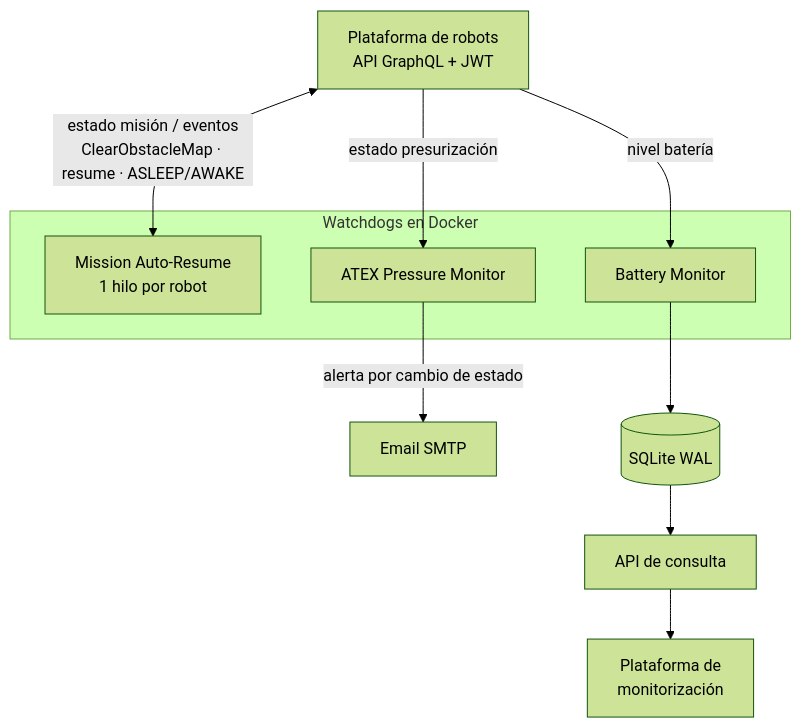
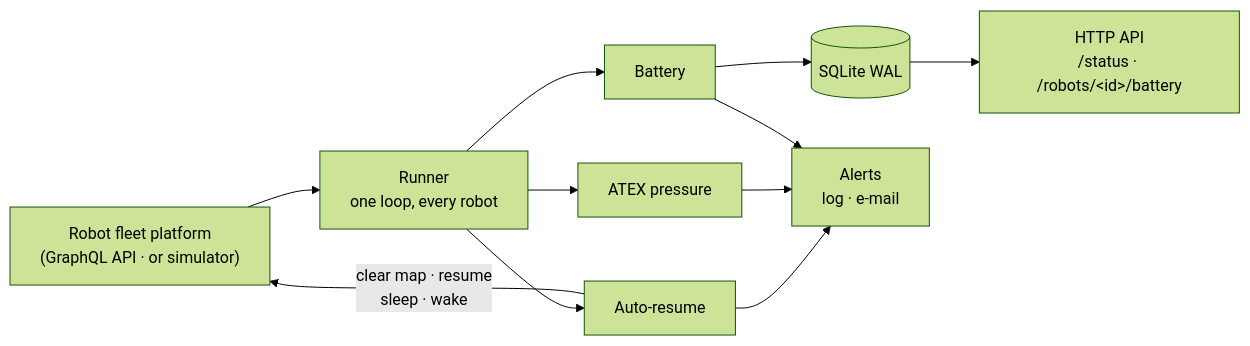
The first of 2 diagrams in README.md (aseinotegi/robot-fleet-watchdogs), drawn with Mermaid (forest theme) before and after one commit. The commit also changed other lines of this file and 2 other files, not shown here.

````diff
--- a/README.md
+++ b/README.md
@@ -15,14 +21,11 @@
 ```mermaid
-flowchart TB
-    P[Plataforma de robots<br/>API GraphQL + JWT]
-    subgraph Watchdogs en Docker
-        M[Mission Auto-Resume<br/>1 hilo por robot]
-        X[ATEX Pressure Monitor]
-        B[Battery Monitor]
-    end
-    P <-->|estado misión / eventos<br/>ClearObstacleMap · resume · ASLEEP/AWAKE| M
-    P -->|estado presurización| X
-    P -->|nivel batería| B
-    X -->|alerta por cambio de estado| E[Email SMTP]
-    B --> D[(SQLite WAL)] --> API[API de consulta] --> O[Plataforma de<br/>monitorización]
+flowchart LR
+    P["Robot fleet platform<br/>(GraphQL API · or simulator)"] --> R["Runner<br/>one loop, every robot"]
+    R --> A["Auto-resume"]
+    R --> X["ATEX pressure"]
+    R --> B["Battery"]
+    A -- "clear map · resume<br/>sleep · wake" --> P
+    B --> DB[("SQLite WAL")]
+    A & X & B --> N["Alerts<br/>log · e-mail"]
+    DB --> API["HTTP API<br/>/status · /robots/&lt;id&gt;/battery"]
 ```
````
